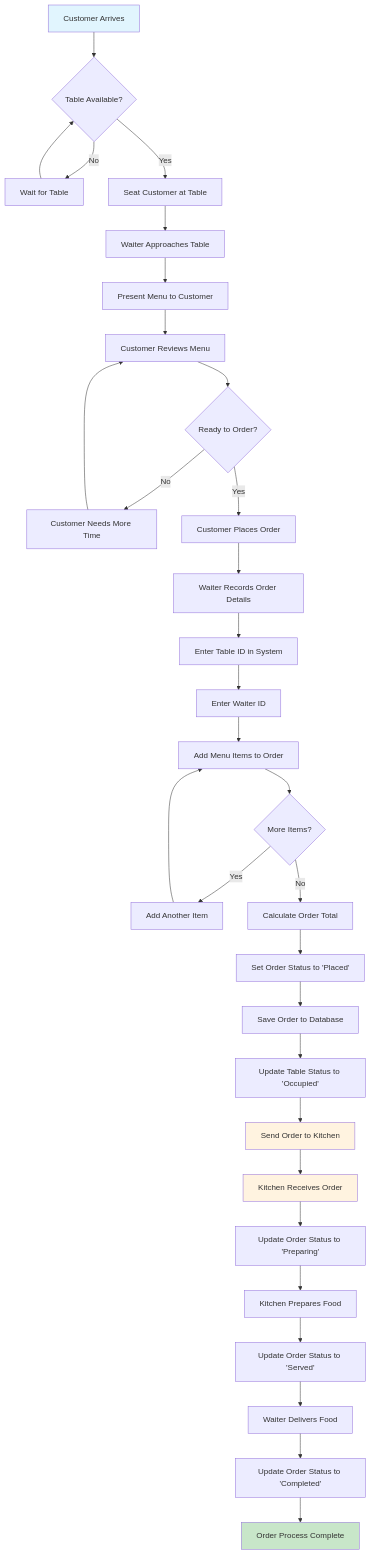
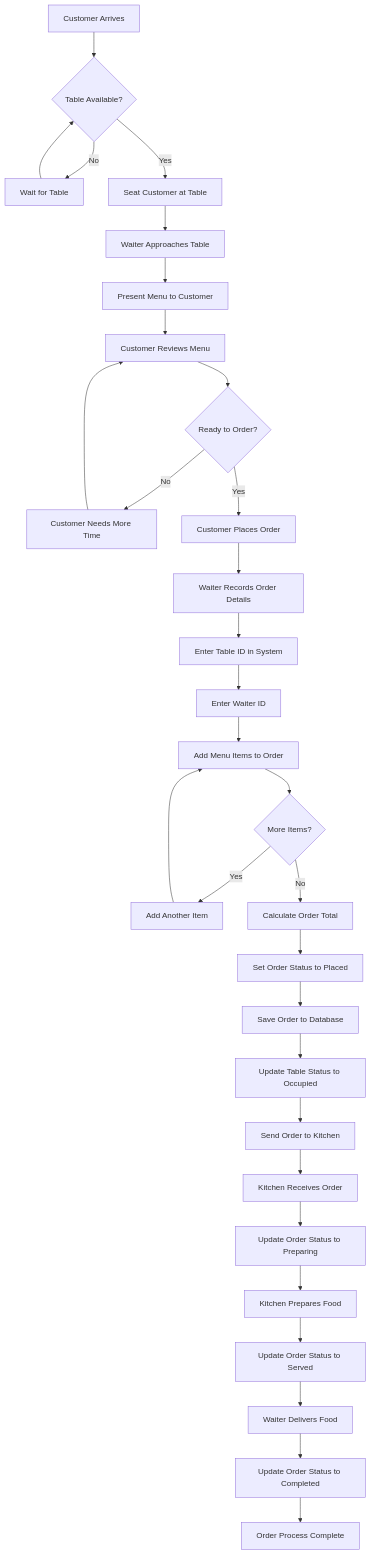
The seventh of 9 diagrams in README.md (Shourya-Garg/Restaurant-management-using-jdbc), drawn with Mermaid before and after one commit. The commit also changed other lines of this file, not shown here.

Commit message:
updated diagrams

````diff
--- a/README.md
+++ b/README.md
@@ -919,46 +876,41 @@
 ```mermaid
 flowchart TD
     A[Customer Arrives] --> B{Table Available?}
     B -->|No| C[Wait for Table]
     C --> B
     B -->|Yes| D[Seat Customer at Table]
     
     D --> E[Waiter Approaches Table]
     E --> F[Present Menu to Customer]
     F --> G[Customer Reviews Menu]
     
     G --> H{Ready to Order?}
     H -->|No| I[Customer Needs More Time]
     I --> G
     H -->|Yes| J[Customer Places Order]
     
     J --> K[Waiter Records Order Details]
     K --> L[Enter Table ID in System]
     L --> M[Enter Waiter ID]
     M --> N[Add Menu Items to Order]
     
     N --> O{More Items?}
     O -->|Yes| P[Add Another Item]
     P --> N
     O -->|No| Q[Calculate Order Total]
     
-    Q --> R[Set Order Status to 'Placed']
+    Q --> R[Set Order Status to Placed]
     R --> S[Save Order to Database]
-    S --> T[Update Table Status to 'Occupied']
+    S --> T[Update Table Status to Occupied]
     
     T --> U[Send Order to Kitchen]
     U --> V[Kitchen Receives Order]
-    V --> W[Update Order Status to 'Preparing']
+    V --> W[Update Order Status to Preparing]
     
     W --> X[Kitchen Prepares Food]
-    X --> Y[Update Order Status to 'Served']
+    X --> Y[Update Order Status to Served]
     Y --> Z[Waiter Delivers Food]
-    Z --> AA[Update Order Status to 'Completed']
+    Z --> AA[Update Order Status to Completed]
     
     AA --> BB[Order Process Complete]
-    
-    style A fill:#e1f5fe
-    style BB fill:#c8e6c9
-    style U fill:#fff3e0
-    style V fill:#fff3e0
 ```
````
